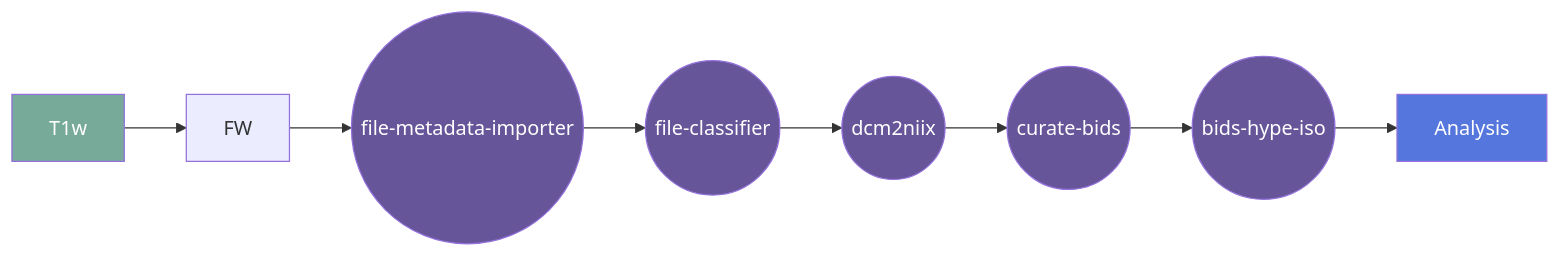
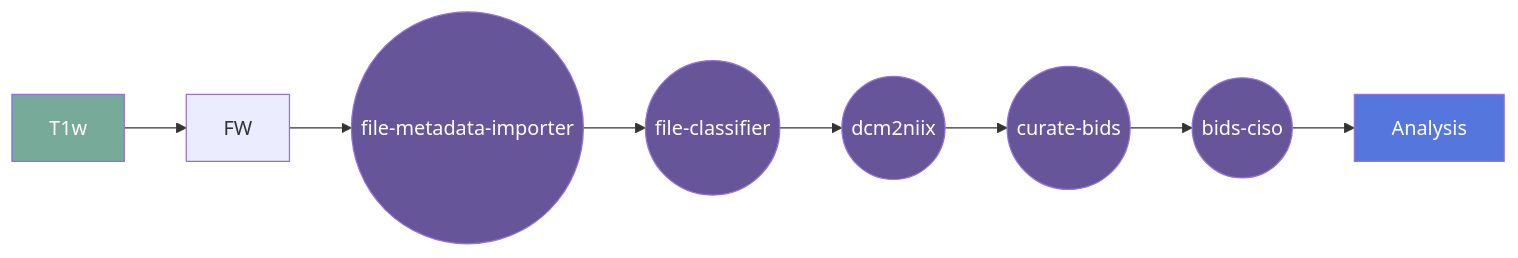
The diagram in README.md (Nialljb/CISO), drawn with Mermaid before and after one commit. The commit also changed other lines of this file and 5 other files, not shown here.

````diff
--- a/README.md
+++ b/README.md
@@ -287,15 +287,15 @@
 ```mermaid
   graph LR;
     A[T1w]:::input --> FW;
     FW[FW] --> FMI;
     FMI((file-metadata-importer)):::gear --> FC;
     FC((file-classifier)):::gear --> D2N;
     D2N((dcm2niix)):::gear --> CB;
     CB((curate-bids)):::gear --> BQP;
-    BQP((bids-hype-iso)):::gear --> ANA;
+    BQP((bids-ciso)):::gear --> ANA;
     ANA[Analysis]:::container;
     
     classDef container fill:#57d,color:#fff
     classDef input fill:#7a9,color:#fff
     classDef gear fill:#659,color:#fff
 ```
````
